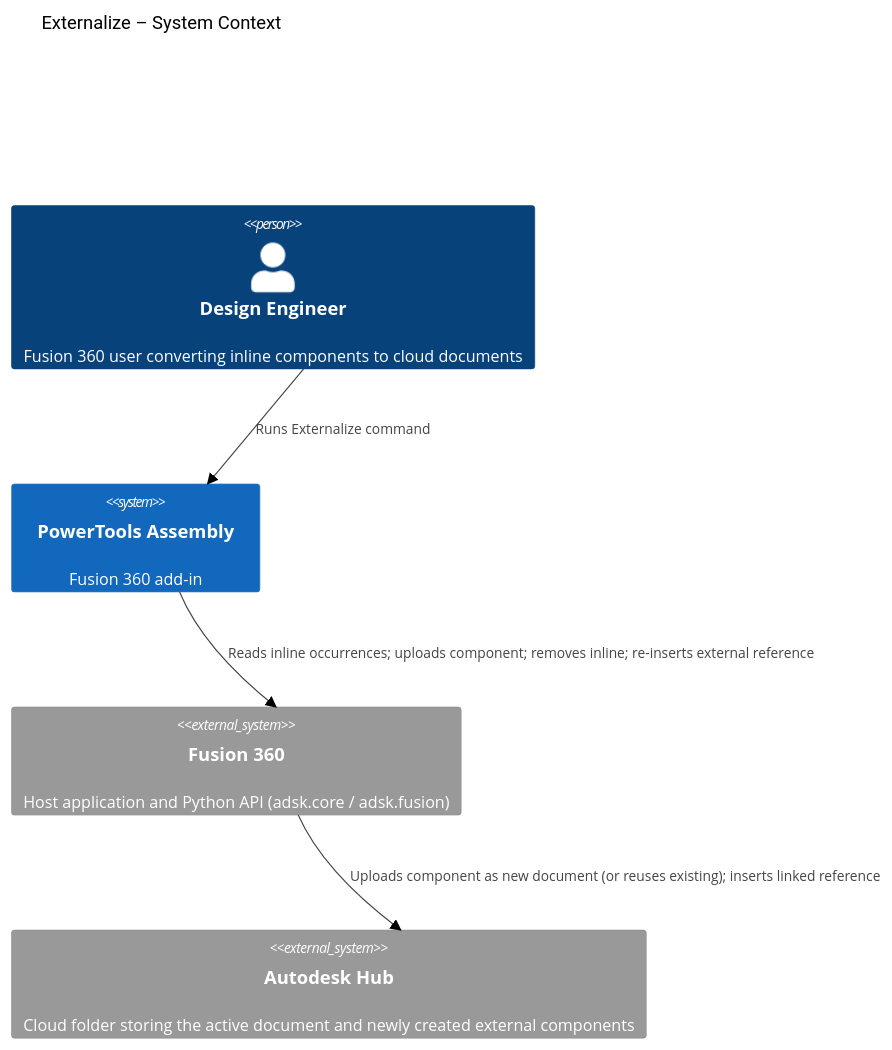
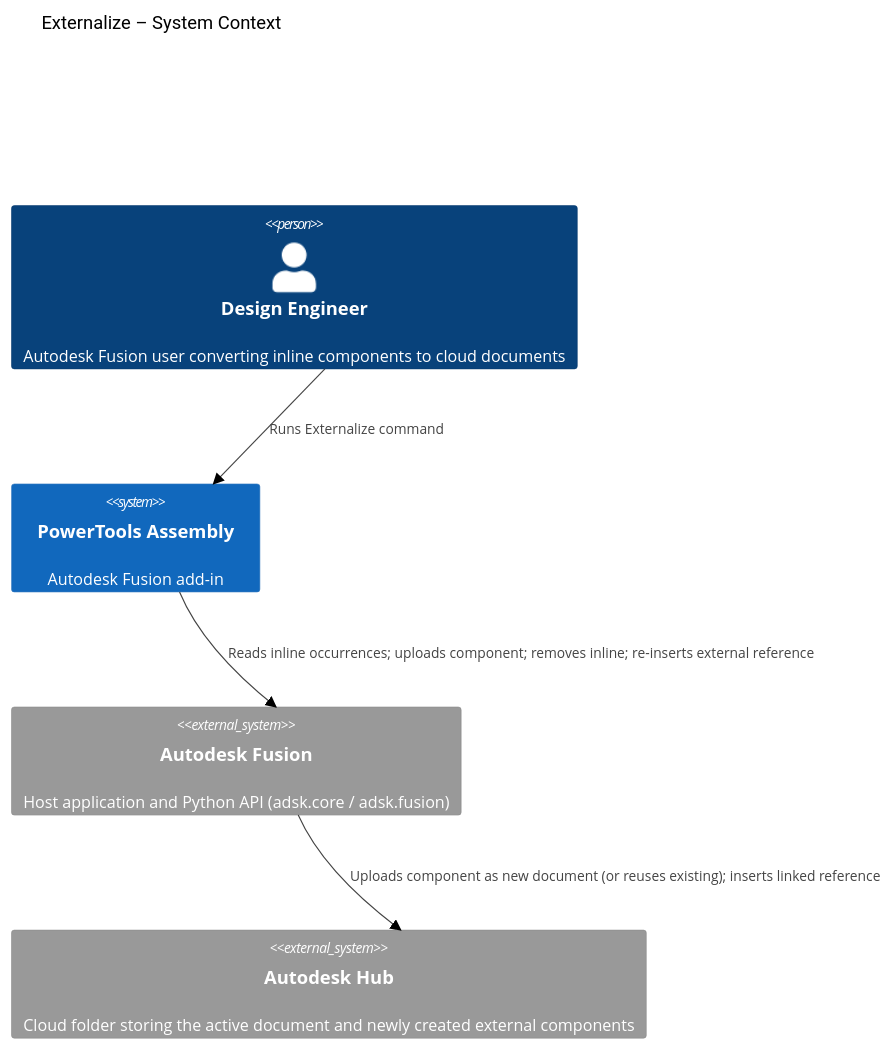
The first of 2 diagrams in docs/Externalize.md (schneik80/PowerTools-Assembly), drawn with Mermaid (forest theme) before and after one commit. The commit also changed other lines of this file and 9 other files, not shown here.

Commit message:
Update documentation to replace "Fusion 360" with "Autodesk Fusion" for consistency and clarity

````diff
--- a/docs/Externalize.md
+++ b/docs/Externalize.md
@@ -59,13 +59,13 @@
 ```mermaid
 C4Context
   title Externalize – System Context
 
-  Person(user, "Design Engineer", "Fusion 360 user converting inline components to cloud documents")
-  System(addin, "PowerTools Assembly", "Fusion 360 add-in")
-  System_Ext(fusion, "Fusion 360", "Host application and Python API (adsk.core / adsk.fusion)")
+  Person(user, "Design Engineer", "Autodesk Fusion user converting inline components to cloud documents")
+  System(addin, "PowerTools Assembly", "Autodesk Fusion add-in")
+  System_Ext(fusion, "Autodesk Fusion", "Host application and Python API (adsk.core / adsk.fusion)")
   System_Ext(hub, "Autodesk Hub", "Cloud folder storing the active document and newly created external components")
 
   Rel(user, addin, "Runs Externalize command")
   Rel(addin, fusion, "Reads inline occurrences; uploads component; removes inline; re-inserts external reference")
   Rel(fusion, hub, "Uploads component as new document (or reuses existing); inserts linked reference")
 ```
````
